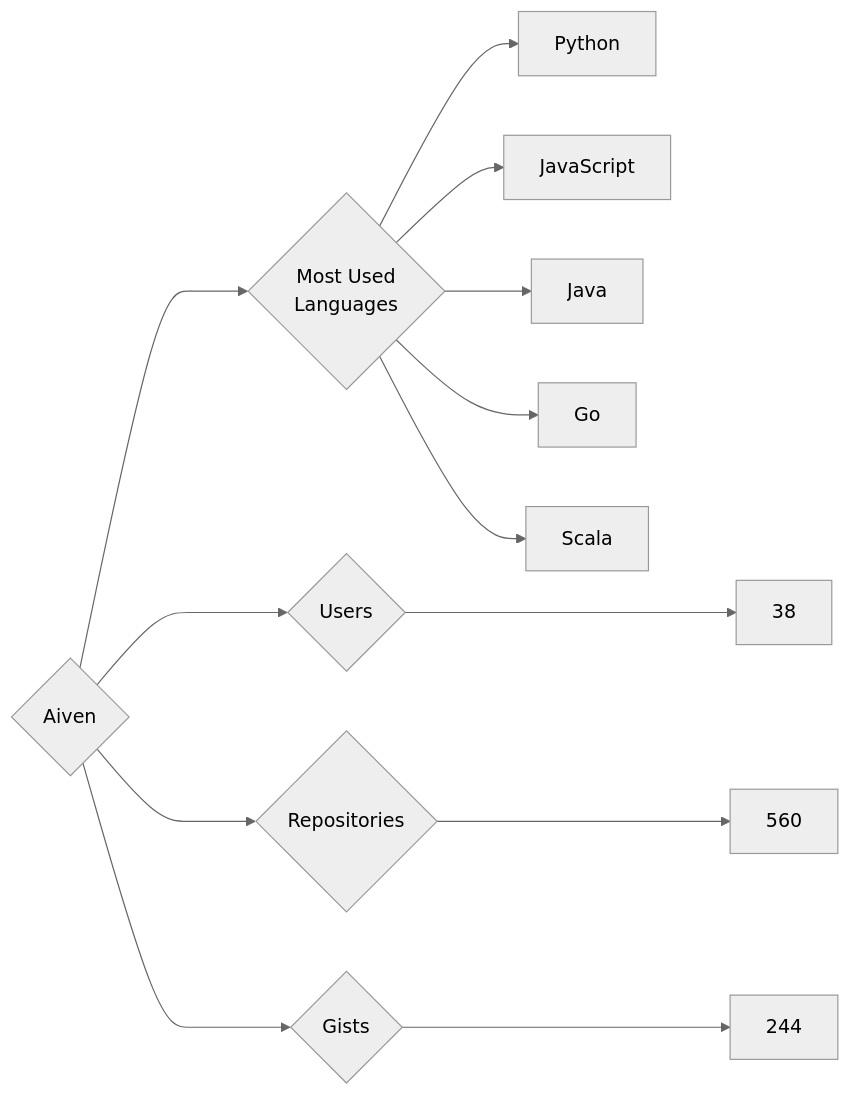
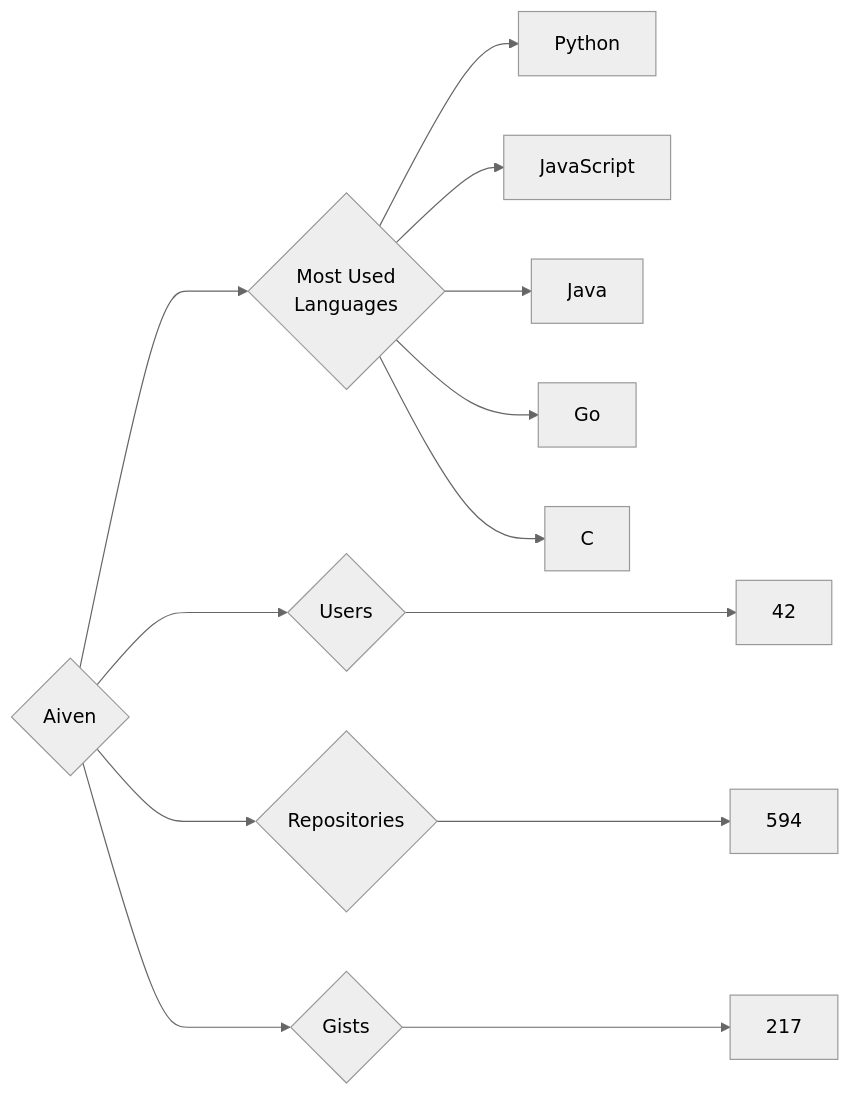
The diagram in targets/Aiven/README.md (trickest/insiders), drawn with Mermaid (neutral theme) before and after one commit. The commit also changed 914 other files, not shown here.

````diff
--- a/targets/Aiven/README.md
+++ b/targets/Aiven/README.md
@@ -3,13 +3,13 @@
 ```mermaid
 graph LR
 COMPANY_NAME{Aiven}
-COMPANY_NAME ---> U{Users} ---> UN[38]
-COMPANY_NAME ---> R{Repositories} ---> RN[560]
-COMPANY_NAME ---> G{Gists} ---> GN[244]
+COMPANY_NAME ---> U{Users} ---> UN[42]
+COMPANY_NAME ---> R{Repositories} ---> RN[594]
+COMPANY_NAME ---> G{Gists} ---> GN[217]
 COMPANY_NAME ---> ML{Most Used<br>Languages}
 ML --> Python[Python]
 ML --> JavaScript[JavaScript]
 ML --> Java[Java]
 ML --> Go[Go]
-ML --> Scala[Scala]
+ML --> C[C]
 ```
````
